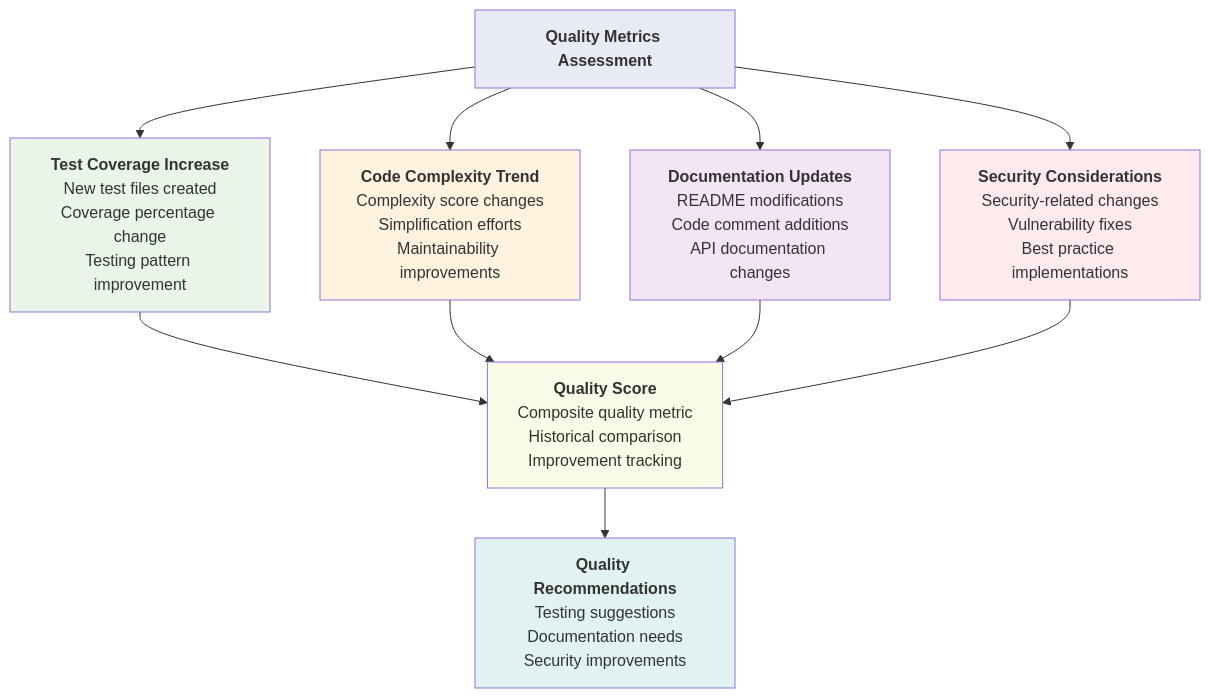
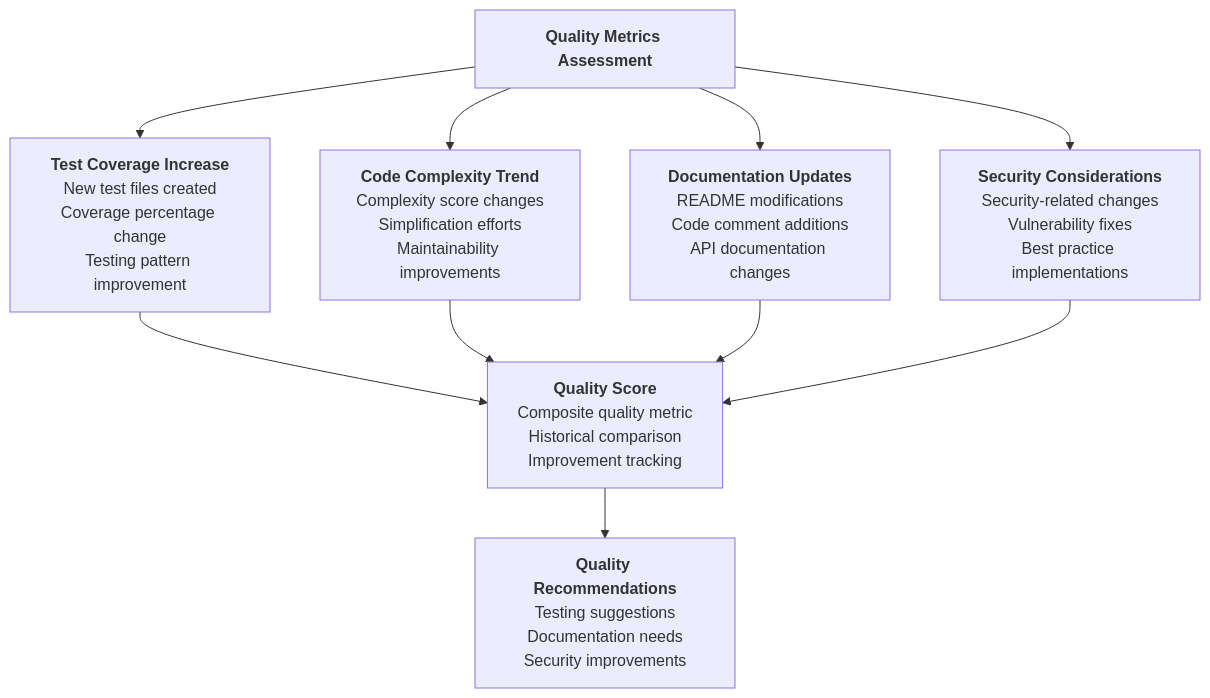
Before and after one commit to geogoesbeepboop/mastro: the sixth of 9 diagrams in docs/diagrams/mastro-analytics-flow.md, drawn with Mermaid. The commit also changed other lines of this file and 5 other files, not shown here.

First line of the commit message:
docs: update analytics and flow diagrams for clarity

````diff
--- a/docs/diagrams/mastro-analytics-flow.md
+++ b/docs/diagrams/mastro-analytics-flow.md
@@ -312,44 +322,46 @@
 ```mermaid
+
 graph TD
     QMA["`**Quality Metrics Assessment**`"] --> TCI["`**Test Coverage Increase**
     New test files created
     Coverage percentage change
     Testing pattern improvement`"]
     
     QMA --> CCT["`**Code Complexity Trend**
     Complexity score changes
     Simplification efforts
     Maintainability improvements`"]
     
     QMA --> DU["`**Documentation Updates**
     README modifications
     Code comment additions
     API documentation changes`"]
     
     QMA --> SC["`**Security Considerations**
     Security-related changes
     Vulnerability fixes
     Best practice implementations`"]
     
     TCI --> QS["`**Quality Score**
     Composite quality metric
     Historical comparison
     Improvement tracking`"]
     
     CCT --> QS
     DU --> QS
     SC --> QS
     
     QS --> QR["`**Quality Recommendations**
     Testing suggestions
     Documentation needs
     Security improvements`"]
 
-    style QMA fill:#e8eaf6
-    style TCI fill:#e8f5e8
-    style CCT fill:#fff3e0
-    style DU fill:#f3e5f5
-    style SC fill:#ffebee
-    style QS fill:#f9fbe7
-    style QR fill:#e0f2f1
+    style QMA fill:#e8eaf6 color:#000000
+    style TCI fill:#e8f5e8 color:#000000
+    style CCT fill:#fff3e0 color:#000000
+    style DU fill:#f3e5f5 color:#000000
+    style SC fill:#ffebee color:#000000
+    style QS fill:#f9fbe7 color:#000000
+    style QR fill:#e0f2f1 color:#000000
+
 ```
````
